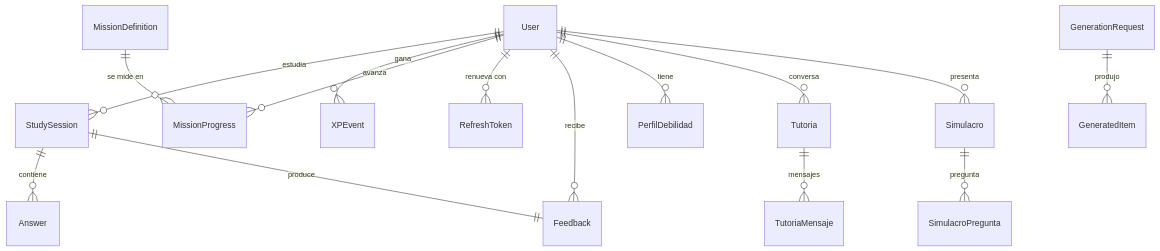
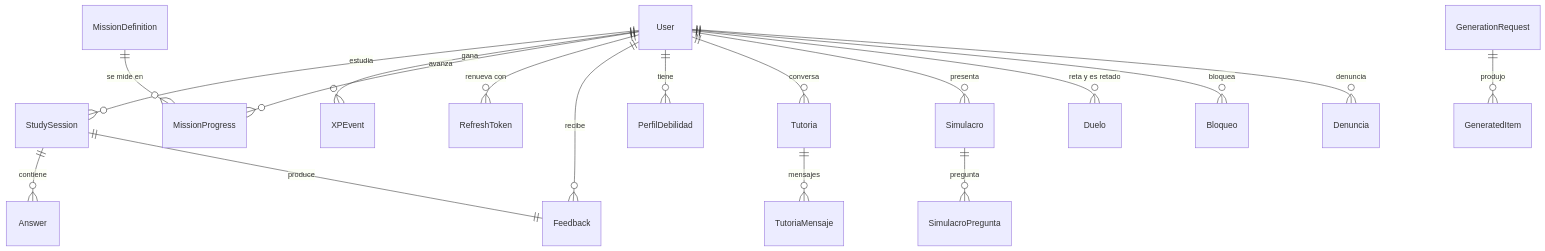
The first of 2 diagrams in docs/MODELO-DE-DATOS.md (diegowritescode/aicfes-backend), drawn with Mermaid before and after one commit. The commit also changed other lines of this file and 5 other files, not shown here.

````diff
--- a/docs/MODELO-DE-DATOS.md
+++ b/docs/MODELO-DE-DATOS.md
@@ -15,19 +15,22 @@
 ```mermaid
 erDiagram
     User ||--o{ StudySession : "estudia"
     User ||--o{ XPEvent : "gana"
     User ||--o{ MissionProgress : "avanza"
     User ||--o{ RefreshToken : "renueva con"
     User ||--o{ Feedback : "recibe"
     User ||--o{ PerfilDebilidad : "tiene"
     User ||--o{ Tutoria : "conversa"
     User ||--o{ Simulacro : "presenta"
+    User ||--o{ Duelo : "reta y es retado"
+    User ||--o{ Bloqueo : "bloquea"
+    User ||--o{ Denuncia : "denuncia"
 
     StudySession ||--o{ Answer : "contiene"
     StudySession ||--|| Feedback : "produce"
 
     Tutoria ||--o{ TutoriaMensaje : "mensajes"
     MissionDefinition ||--o{ MissionProgress : "se mide en"
     Simulacro ||--o{ SimulacroPregunta : "pregunta"
     GenerationRequest ||--o{ GeneratedItem : "produjo"
 ```
````
